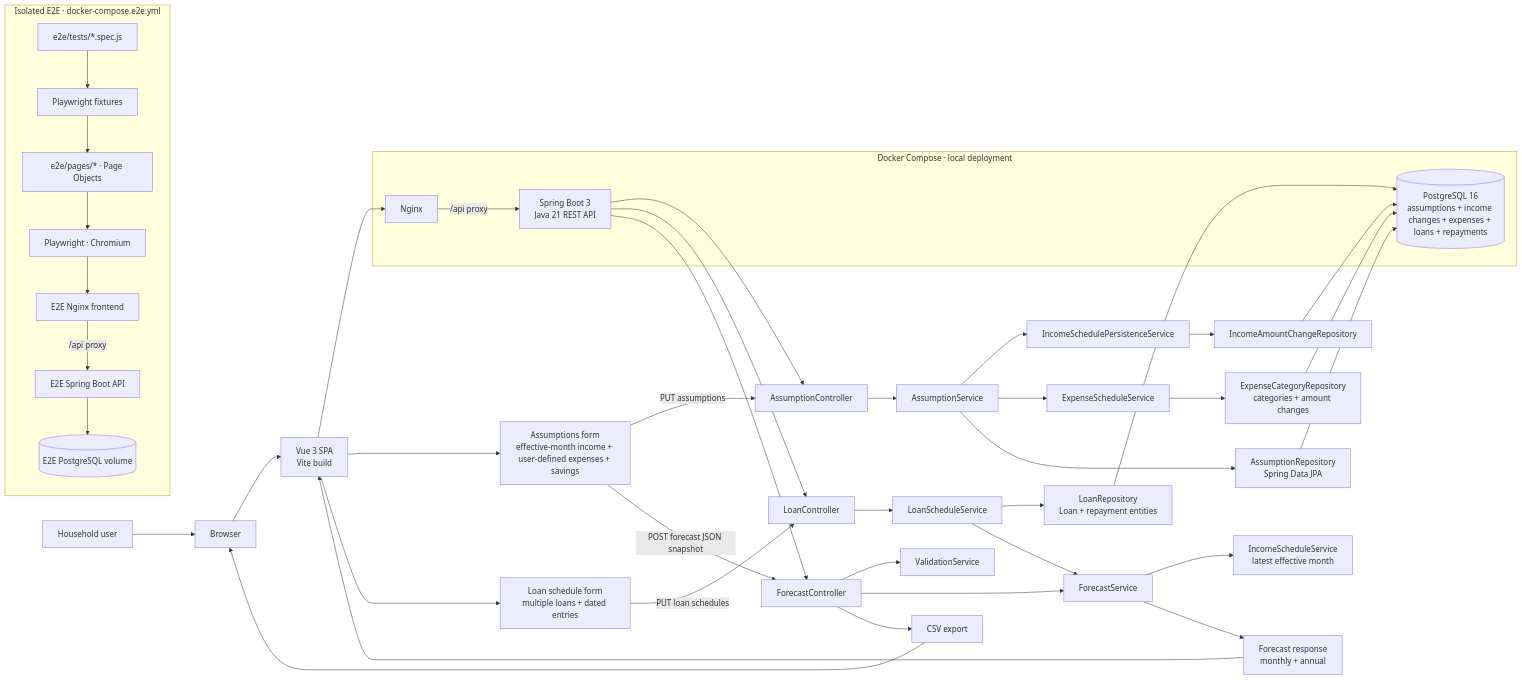
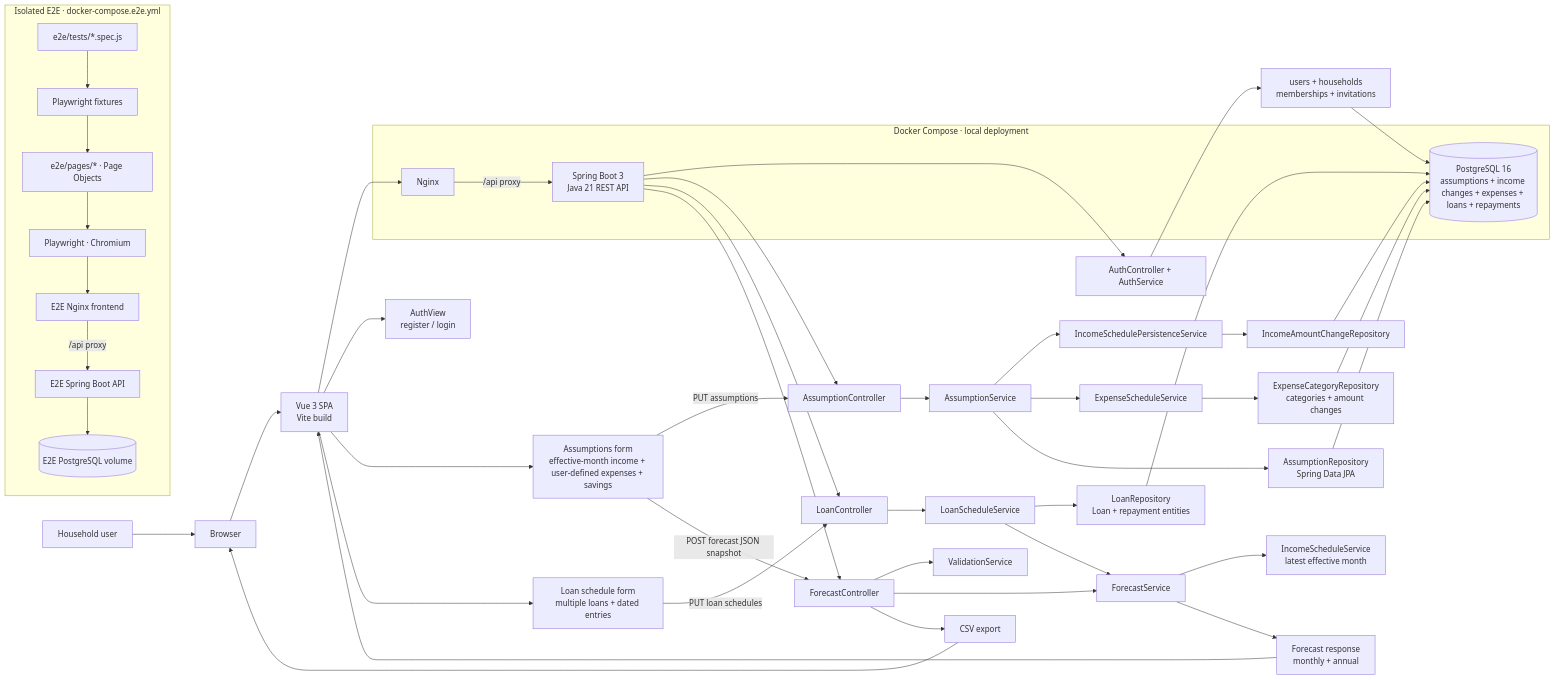
Before and after one commit to samdofreelancer/personal-finance-planner: the diagram in docs/diagrams/system-architecture.mmd, drawn with Mermaid. The commit also changed 28 other files, not shown here.

```diff
--- a/docs/diagrams/system-architecture.mmd
+++ b/docs/diagrams/system-architecture.mmd
@@ -1,47 +1,51 @@
 flowchart LR
   U["Household user"] --> B["Browser"]
   B --> FE["Vue 3 SPA<br/>Vite build"]
   FE --> N["Nginx"]
   N -->|"/api proxy"| API["Spring Boot 3<br/>Java 21 REST API"]
+  FE --> AUTHUI["AuthView<br/>register / login"]
+  API --> AUTH["AuthController + AuthService"]
+  AUTH --> IDDB["users + households<br/>memberships + invitations"]
   API --> AC["AssumptionController"]
   API --> LC["LoanController"]
   API --> FC["ForecastController"]
   AC --> AS["AssumptionService"]
   AS --> IS["IncomeSchedulePersistenceService"]
   AS --> ES["ExpenseScheduleService"]
   LC --> LS["LoanScheduleService"]
   FC --> VS["ValidationService"]
   FC --> FS["ForecastService"]
   FS --> IMS["IncomeScheduleService<br/>latest effective month"]
   AS --> REPO["AssumptionRepository<br/>Spring Data JPA"]
   IS --> IREPO["IncomeAmountChangeRepository"]
   ES --> EREPO["ExpenseCategoryRepository<br/>categories + amount changes"]
   LS --> LREPO["LoanRepository<br/>Loan + repayment entities"]
   REPO --> DB[("PostgreSQL 16<br/>assumptions + income changes + expenses + loans + repayments")]
+  IDDB --> DB
   IREPO --> DB
   EREPO --> DB
   LREPO --> DB
   LS --> FS
   FS --> OUT["Forecast response<br/>monthly + annual"]
   OUT --> FE
   FC --> CSV["CSV export"]
   CSV --> B
   FE --> FORM["Assumptions form<br/>effective-month income + user-defined expenses + savings"]
   FE --> LFORM["Loan schedule form<br/>multiple loans + dated entries"]
   FORM -->|"PUT assumptions"| AC
   LFORM -->|"PUT loan schedules"| LC
   FORM -->|"POST forecast JSON snapshot"| FC
   subgraph Runtime["Docker Compose · local deployment"]
     N
     API
     DB
   end
 
   subgraph E2E["Isolated E2E · docker-compose.e2e.yml"]
     SPEC["e2e/tests/*.spec.js"] --> FIXTURE["Playwright fixtures"]
     FIXTURE --> POM["e2e/pages/* · Page Objects"]
     POM --> PW["Playwright · Chromium"]
     PW --> E2EN["E2E Nginx frontend"]
     E2EN -->|"/api proxy"| E2EAPI["E2E Spring Boot API"]
     E2EAPI --> E2EDB[("E2E PostgreSQL volume")]
   end
```
